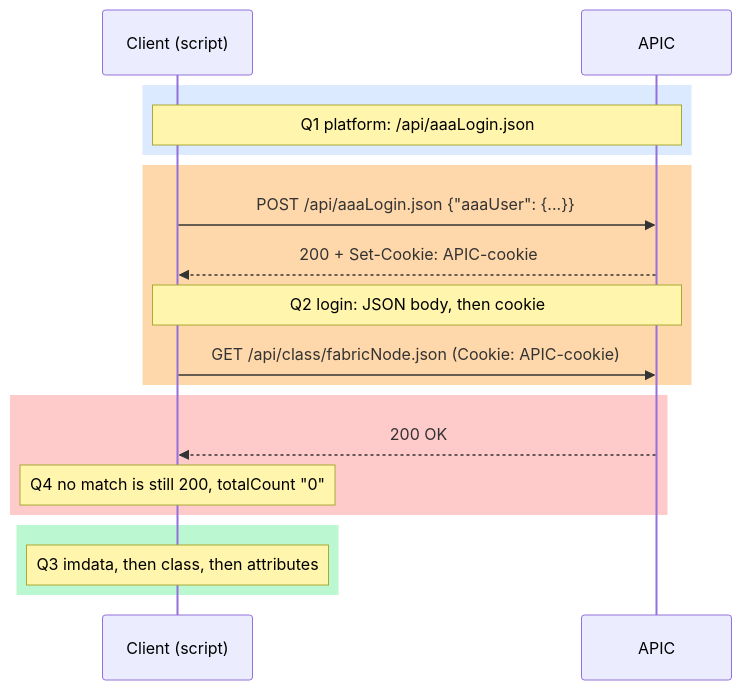
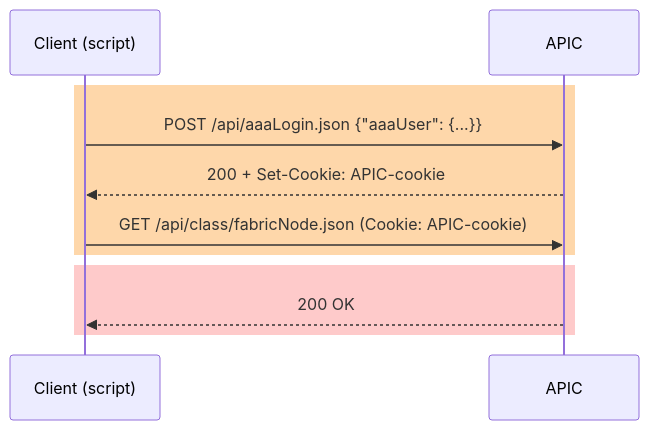
Before and after one commit to beedydo/ccna-auto-study-notes: the fourth of 5 diagrams in bob-essentials/T51-summary-examples-rest-and-dict-parsing.md, drawn with Mermaid. The commit also changed other lines of this file, not shown here.

Commit message:
T51 essentials: remove Q labels from Example 3 diagrams

````diff
--- a/bob-essentials/T51-summary-examples-rest-and-dict-parsing.md
+++ b/bob-essentials/T51-summary-examples-rest-and-dict-parsing.md
@@ -340,21 +315,13 @@
 ```mermaid
 sequenceDiagram
     participant C as Client (script)
     participant S as APIC
-    rect rgb(219,234,254)
-    Note over C,S: Q1 platform: /api/aaaLogin.json
-    end
     rect rgb(254,215,170)
     C->>S: POST /api/aaaLogin.json {"aaaUser": {...}}
     S-->>C: 200 + Set-Cookie: APIC-cookie
-    Note over C,S: Q2 login: JSON body, then cookie
     C->>S: GET /api/class/fabricNode.json (Cookie: APIC-cookie)
     end
     rect rgb(254,202,202)
     S-->>C: 200 OK
-    Note over C: Q4 no match is still 200, totalCount "0"
-    end
-    rect rgb(187,247,208)
-    Note over C: Q3 imdata, then class, then attributes
     end
 ```
````
